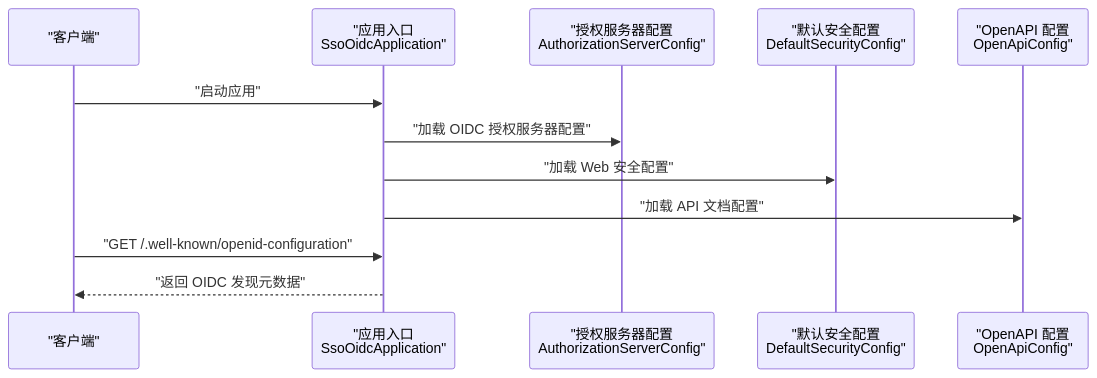
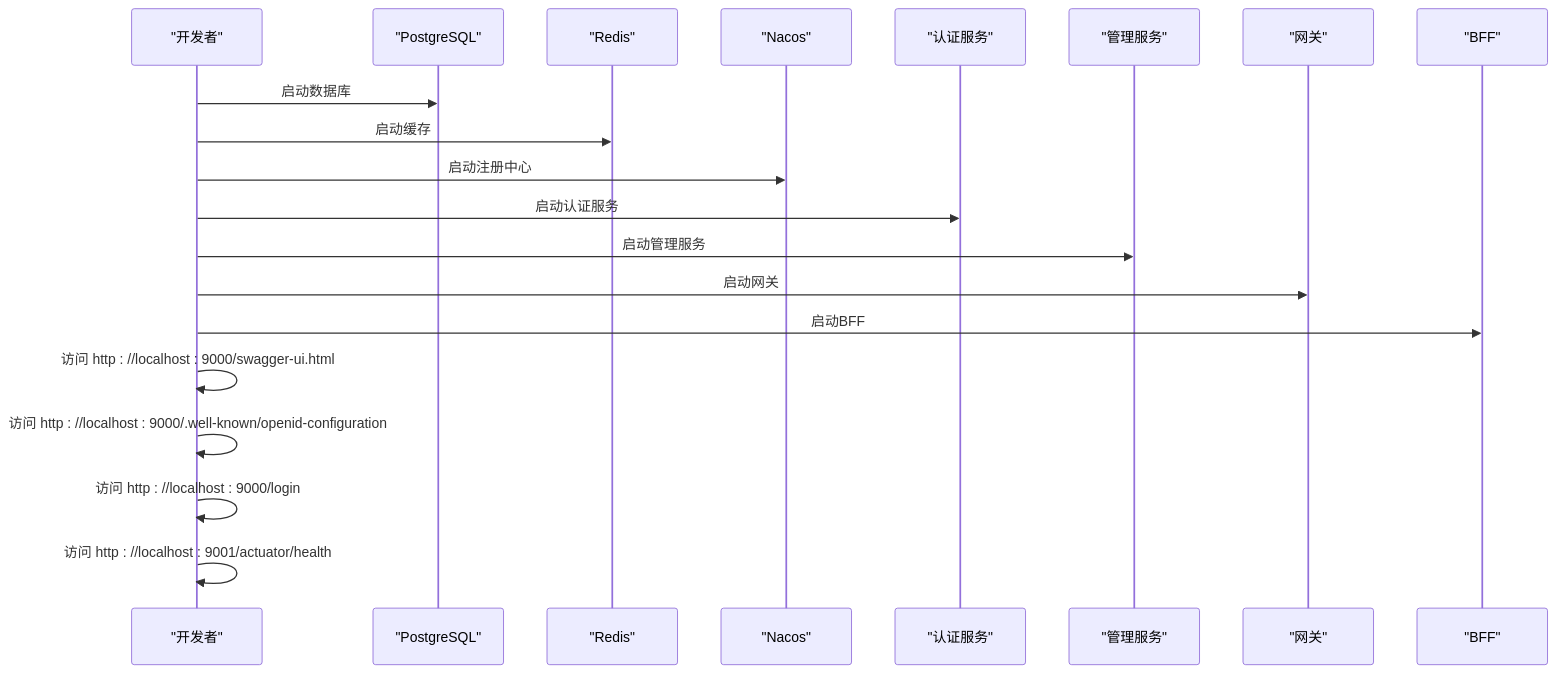
Before and after one commit to fq0121104930716/iam-platform: the fourth of 5 diagrams in .qoder/repowiki/zh/content/快速开始.md, drawn with Mermaid. The commit also changed other lines of this file and 222 other files, not shown here.

````diff
--- a/.qoder/repowiki/zh/content/快速开始.md
+++ b/.qoder/repowiki/zh/content/快速开始.md
@@ -109,14 +309,22 @@
 ```mermaid
 sequenceDiagram
-participant Client as "客户端"
-participant App as "应用入口<br/>SsoOidcApplication"
-participant AuthCfg as "授权服务器配置<br/>AuthorizationServerConfig"
-participant SecCfg as "默认安全配置<br/>DefaultSecurityConfig"
-participant OpenAPI as "OpenAPI 配置<br/>OpenApiConfig"
-Client->>App : "启动应用"
-App->>AuthCfg : "加载 OIDC 授权服务器配置"
-App->>SecCfg : "加载 Web 安全配置"
-App->>OpenAPI : "加载 API 文档配置"
-Client->>App : "GET /.well-known/openid-configuration"
-App-->>Client : "返回 OIDC 发现元数据"
+participant Dev as "开发者"
+participant PG as "PostgreSQL"
+participant RD as "Redis"
+participant NC as "Nacos"
+participant AUTH as "认证服务"
+participant ADMIN as "管理服务"
+participant GW as "网关"
+participant BFF as "BFF"
+Dev->>PG : 启动数据库
+Dev->>RD : 启动缓存
+Dev->>NC : 启动注册中心
+Dev->>AUTH : 启动认证服务
+Dev->>ADMIN : 启动管理服务
+Dev->>GW : 启动网关
+Dev->>BFF : 启动BFF
+Dev->>Dev : 访问 http : //localhost : 9000/swagger-ui.html
+Dev->>Dev : 访问 http : //localhost : 9000/.well-known/openid-configuration
+Dev->>Dev : 访问 http : //localhost : 9000/login
+Dev->>Dev : 访问 http : //localhost : 9001/actuator/health
 ```
````
